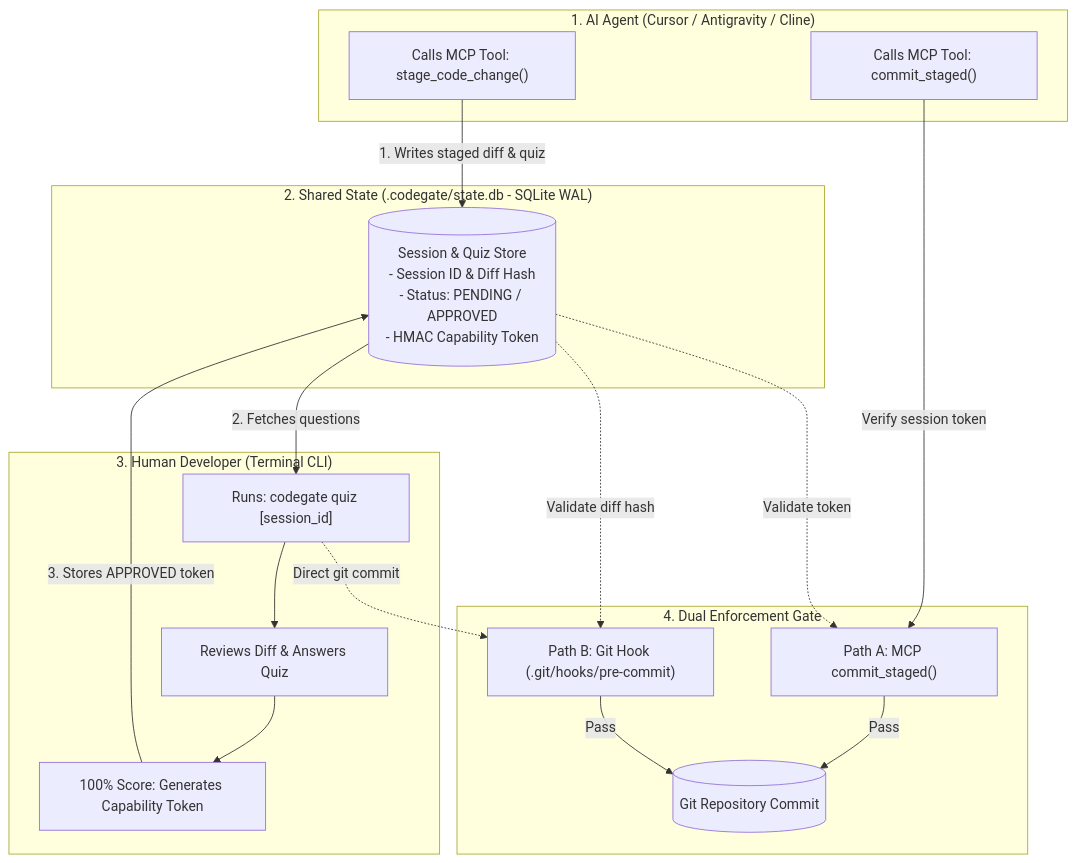
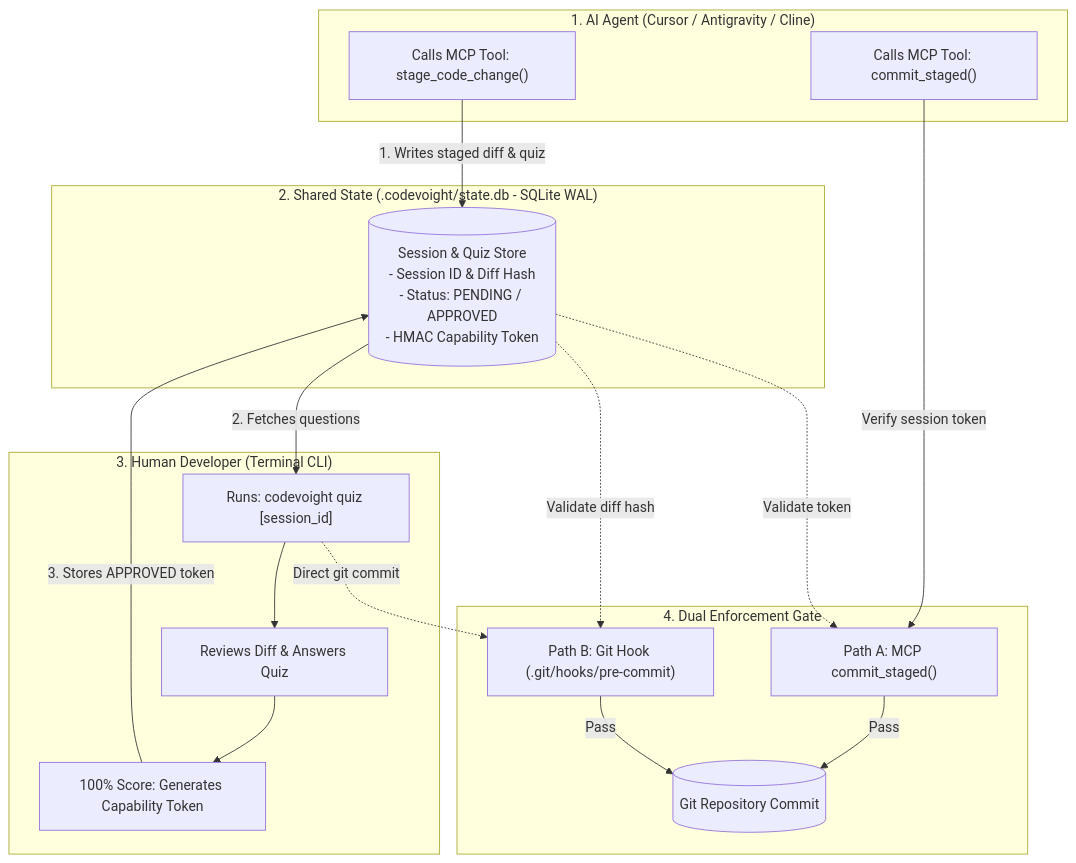
The diagram in README.md (bibinwithab/codegate), drawn with Mermaid before and after one commit. The commit also changed other lines of this file and 31 other files, not shown here.

````diff
--- a/README.md
+++ b/README.md
@@ -24,36 +24,36 @@
 ```mermaid
 flowchart TD
     subgraph Agent["1. AI Agent (Cursor / Antigravity / Cline)"]
         A["Calls MCP Tool: stage_code_change()"]
         AC["Calls MCP Tool: commit_staged()"]
     end
 
-    subgraph Storage["2. Shared State (.codegate/state.db - SQLite WAL)"]
+    subgraph Storage["2. Shared State (.codevoight/state.db - SQLite WAL)"]
         DB[("Session & Quiz Store\n- Session ID & Diff Hash\n- Status: PENDING / APPROVED\n- HMAC Capability Token")]
     end
 
     subgraph Human["3. Human Developer (Terminal CLI)"]
-        H["Runs: codegate quiz [session_id]"]
+        H["Runs: codevoight quiz [session_id]"]
         Q["Reviews Diff & Answers Quiz"]
         T["100% Score: Generates Capability Token"]
     end
 
     subgraph Gate["4. Dual Enforcement Gate"]
         P1["Path A: MCP commit_staged()"]
         P2["Path B: Git Hook (.git/hooks/pre-commit)"]
         GIT[("Git Repository Commit")]
     end
 
     A -->|"1. Writes staged diff & quiz"| DB
     DB -->|"2. Fetches questions"| H
     H --> Q --> T
     T -->|"3. Stores APPROVED token"| DB
 
     AC -->|"Verify session token"| P1
     DB -.->|"Validate token"| P1
     P1 -->|"Pass"| GIT
 
     H -.->|"Direct git commit"| P2
     DB -.->|"Validate diff hash"| P2
     P2 -->|"Pass"| GIT
 ```
````
